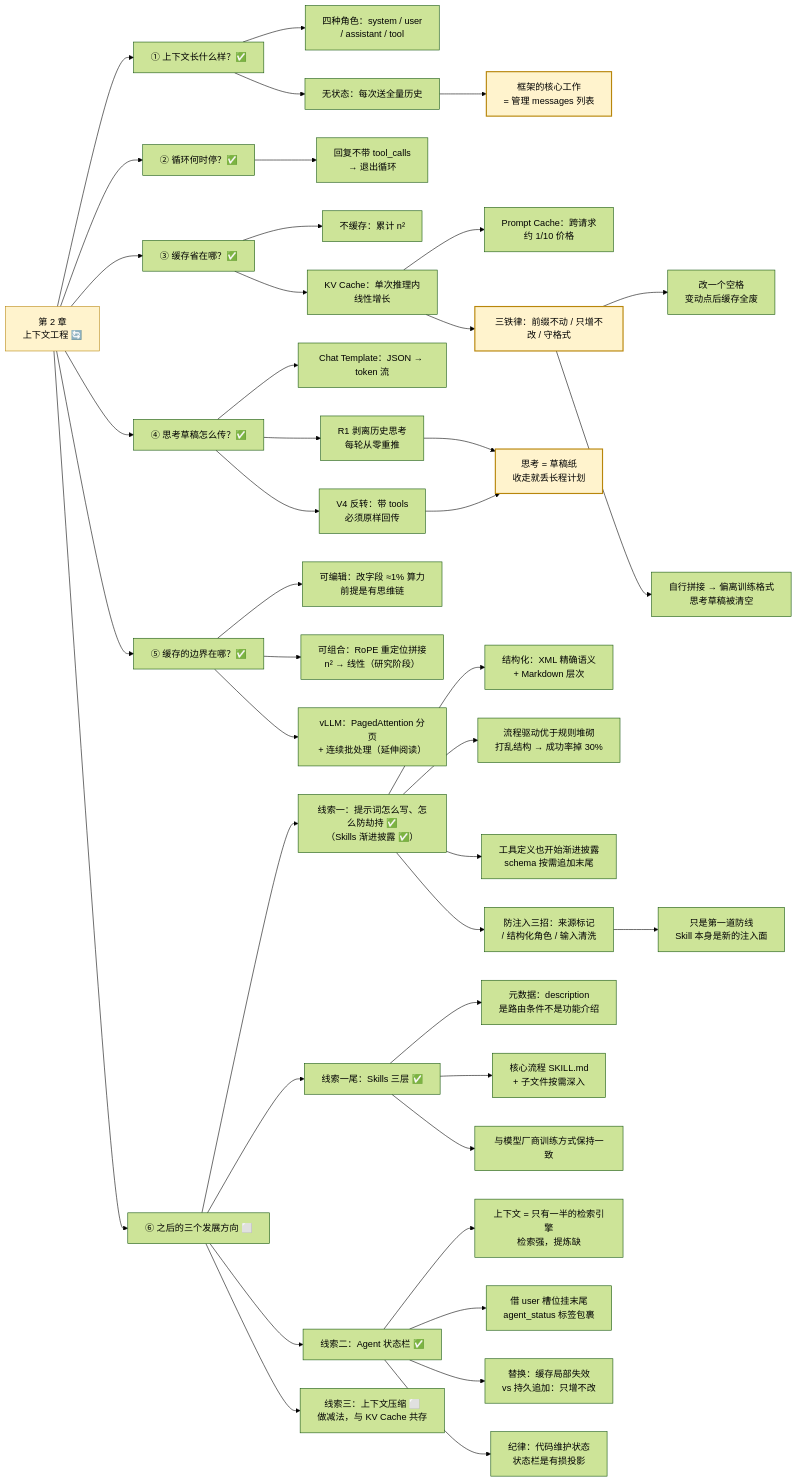
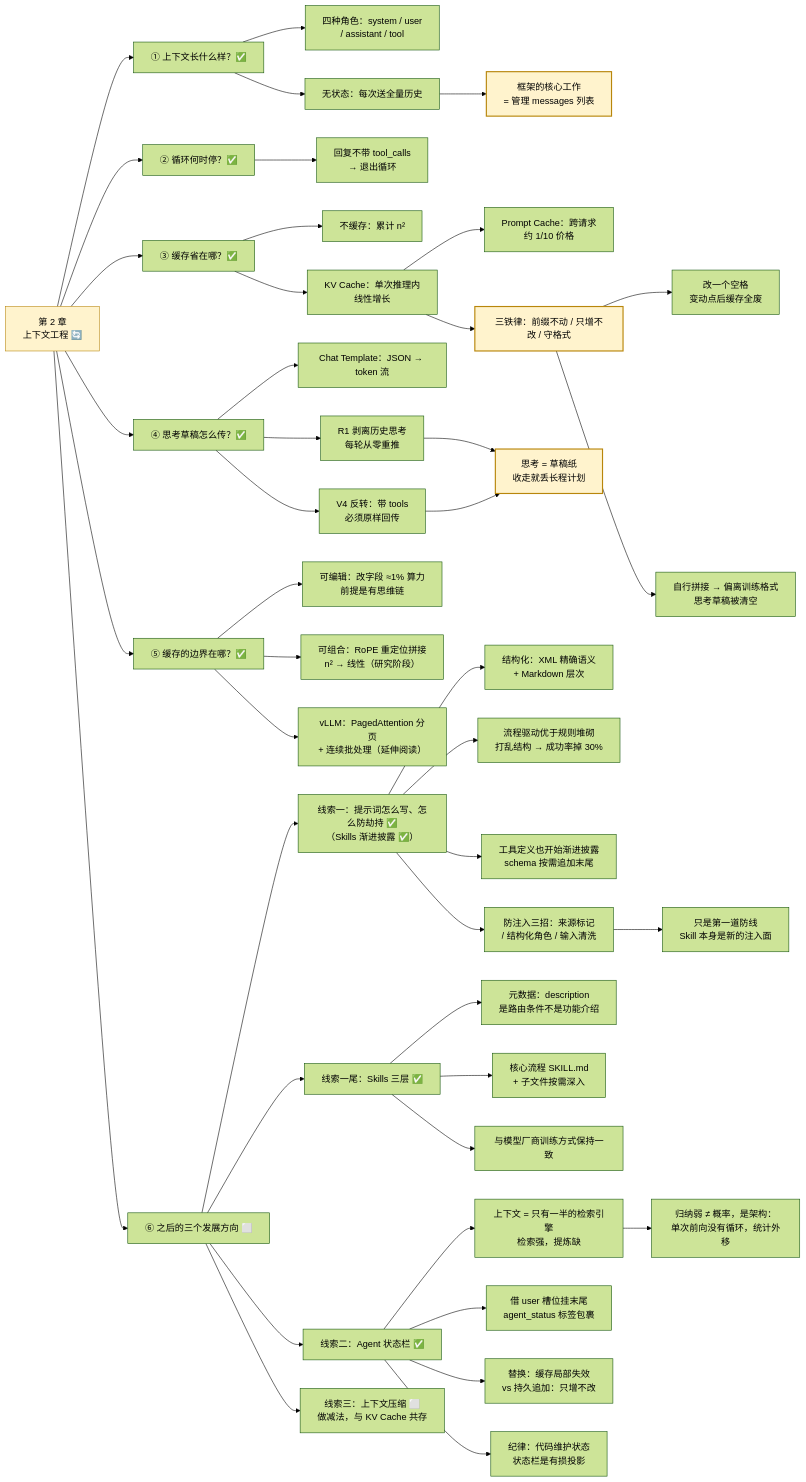
One commit to dongxuanmang/dongxuanmang.github.io changed the third of 3 diagrams in source/agent-book/index.md. Above: the diagram before and after it, drawn with Mermaid (forest theme). The commit also changed 1 other file, not shown here.

Commit message:
content: 第八篇补我的理解与修正——归纳弱的根源是前向无循环而非概率采样

```diff
--- a/source/agent-book/index.md
+++ b/source/agent-book/index.md
@@ -109,54 +109,55 @@
 {% mermaid %}
 graph LR
     CH2["第 2 章<br/>上下文工程 🔄"] --> Q1["① 上下文长什么样？✅"]
     CH2 --> Q2["② 循环何时停？✅"]
     CH2 --> Q3["③ 缓存省在哪？✅"]
     CH2 --> Q4["④ 思考草稿怎么传？✅"]
     CH2 --> Q5["⑤ 缓存的边界在哪？✅"]
     CH2 --> Q6["⑥ 之后的三个发展方向 ⬜"]
 
     Q1 --> A1["四种角色：system / user<br/>/ assistant / tool"]
     Q1 --> A2["无状态：每次送全量历史"]
     A2 --> A3["框架的核心工作<br/>= 管理 messages 列表"]
 
     Q2 --> B1["回复不带 tool_calls<br/>→ 退出循环"]
 
     Q3 --> C1["不缓存：累计 n²"]
     Q3 --> C2["KV Cache：单次推理内<br/>线性增长"]
     C2 --> C21["Prompt Cache：跨请求<br/>约 1/10 价格"]
     C2 --> C22["三铁律：前缀不动 / 只增不改 / 守格式"]
     C22 --> C23["改一个空格<br/>变动点后缓存全废"]
     C22 --> C24["自行拼接 → 偏离训练格式<br/>思考草稿被清空"]
 
     Q4 --> D1["Chat Template：JSON → token 流"]
     Q4 --> D2["R1 剥离历史思考<br/>每轮从零重推"]
     Q4 --> D3["V4 反转：带 tools<br/>必须原样回传"]
     D2 --> D4["思考 = 草稿纸<br/>收走就丢长程计划"]
     D3 --> D4
 
     Q5 --> E1["可编辑：改字段 ≈1% 算力<br/>前提是有思维链"]
     Q5 --> E2["可组合：RoPE 重定位拼接<br/>n² → 线性（研究阶段）"]
     Q5 --> E3["vLLM：PagedAttention 分页<br/>+ 连续批处理（延伸阅读）"]
 
     Q6 --> F1["线索一：提示词怎么写、怎么防劫持 ✅<br/>（Skills 渐进披露 ✅）"]
     F1 --> F11["结构化：XML 精确语义<br/>+ Markdown 层次"]
     F1 --> F12["流程驱动优于规则堆砌<br/>打乱结构 → 成功率掉 30%"]
     F1 --> F13["工具定义也开始渐进披露<br/>schema 按需追加末尾"]
     F1 --> F14["防注入三招：来源标记<br/>/ 结构化角色 / 输入清洗"]
     F14 --> F15["只是第一道防线<br/>Skill 本身是新的注入面"]
     Q6 --> F1b["线索一尾：Skills 三层 ✅"]
     F1b --> F1b1["元数据：description<br/>是路由条件不是功能介绍"]
     F1b --> F1b2["核心流程 SKILL.md<br/>+ 子文件按需深入"]
     F1b --> F1b3["与模型厂商训练方式保持一致"]
     Q6 --> F2["线索二：Agent 状态栏 ✅"]
     F2 --> F21["上下文 = 只有一半的检索引擎<br/>检索强，提炼缺"]
+    F21 --> F25["归纳弱 ≠ 概率，是架构：<br/>单次前向没有循环，统计外移"]
     F2 --> F22["借 user 槽位挂末尾<br/>agent_status 标签包裹"]
     F2 --> F23["替换：缓存局部失效<br/>vs 持久追加：只增不改"]
     F2 --> F24["纪律：代码维护状态<br/>状态栏是有损投影"]
     Q6 --> F3["线索三：上下文压缩 ⬜<br/>做减法，与 KV Cache 共存"]
 
     style CH2 fill:#fff3cd,stroke:#b8860b
     style A3 fill:#fff3cd,stroke:#b8860b,stroke-width:2px
     style C22 fill:#fff3cd,stroke:#b8860b,stroke-width:2px
     style D4 fill:#fff3cd,stroke:#b8860b,stroke-width:2px
 {% endmermaid %}
```
